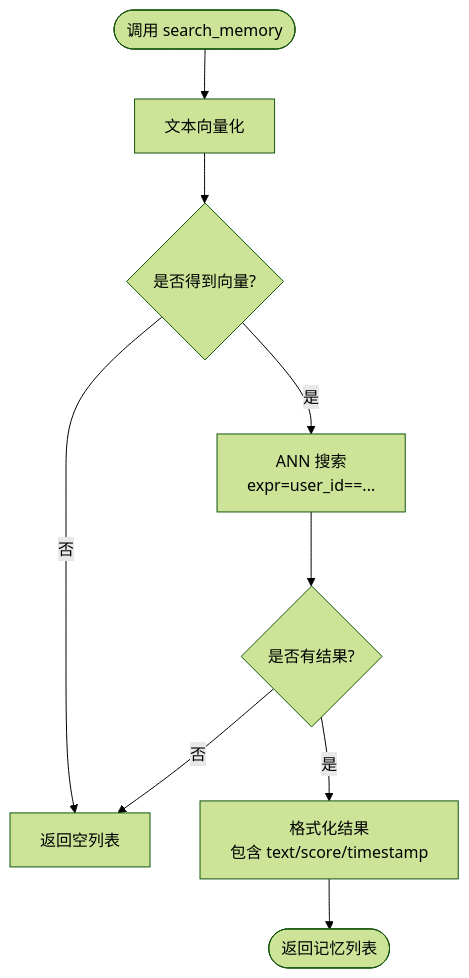
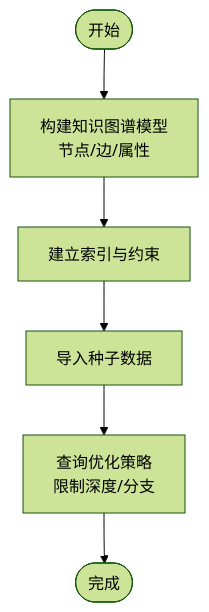
The fourth of 6 diagrams in .qoder/repowiki/zh/content/数据存储设计/数据存储设计.md (zmdhdu/NexusCockpit), drawn with Mermaid (forest theme) before and after one commit. The commit also changed other lines of this file and 535 other files, not shown here.

````diff
--- a/.qoder/repowiki/zh/content/数据存储设计/数据存储设计.md
+++ b/.qoder/repowiki/zh/content/数据存储设计/数据存储设计.md
@@ -222,11 +270,8 @@
 ```mermaid
 flowchart TD
-Start(["调用 search_memory"]) --> Embed["文本向量化"]
-Embed --> HasVec{"是否得到向量?"}
-HasVec -- 否 --> ReturnEmpty["返回空列表"]
-HasVec -- 是 --> Search["ANN 搜索<br/>expr=user_id==..."]
-Search --> Results{"是否有结果?"}
-Results -- 否 --> ReturnEmpty
-Results -- 是 --> Format["格式化结果<br/>包含 text/score/timestamp"]
-Format --> End(["返回记忆列表"])
+Start(["开始"]) --> BuildModel["构建知识图谱模型<br/>节点/边/属性"]
+BuildModel --> Indexing["建立索引与约束"]
+Indexing --> SeedData["导入种子数据"]
+SeedData --> QueryOptimize["查询优化策略<br/>限制深度/分支"]
+QueryOptimize --> End(["完成"])
 ```
````
